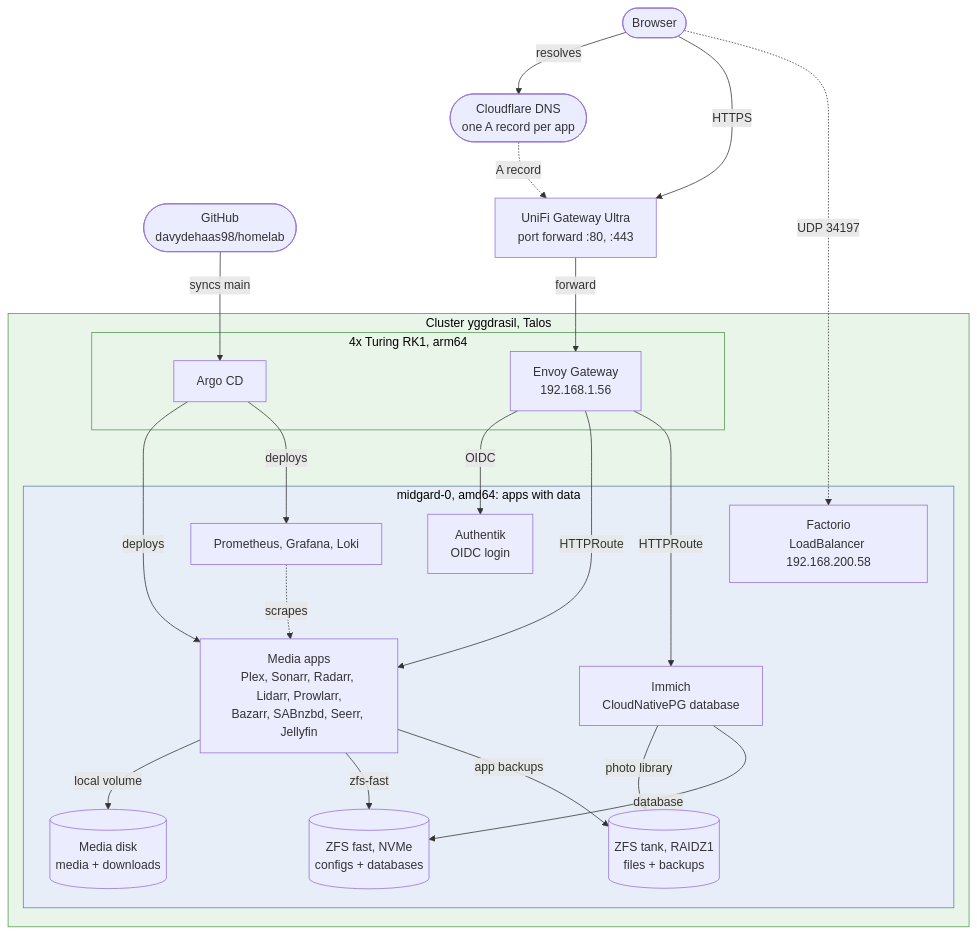
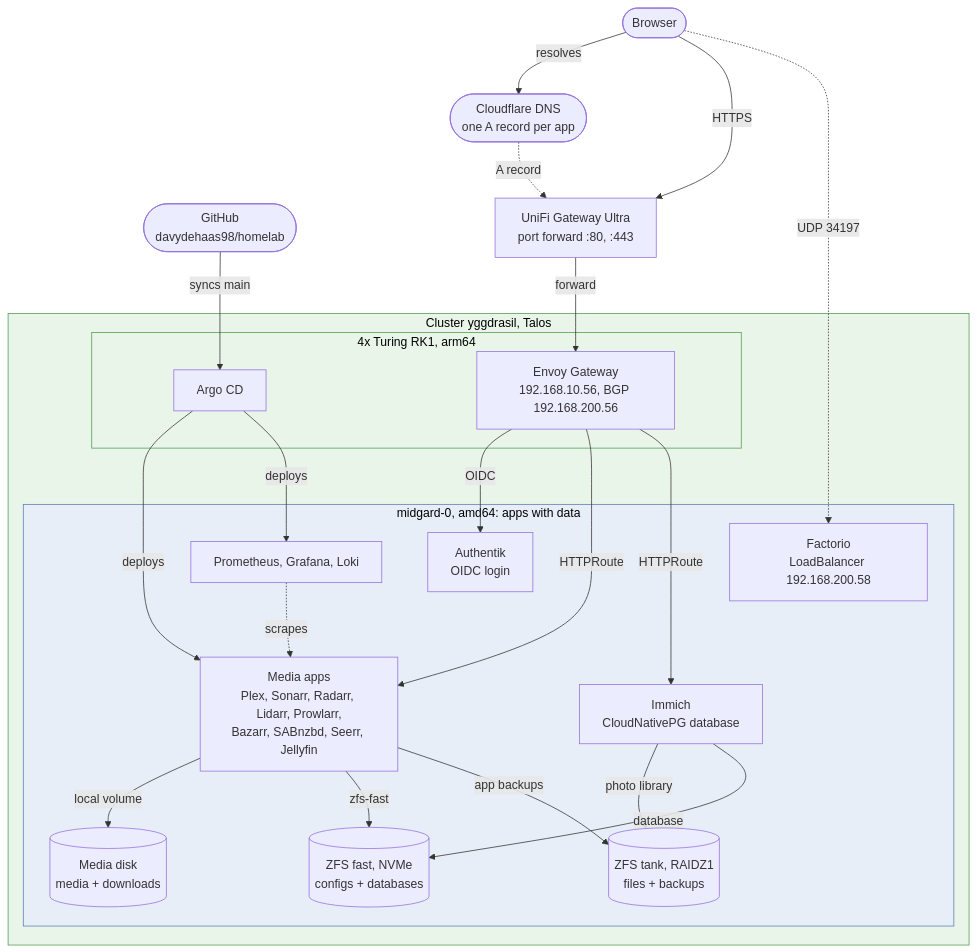
The diagram in docs/diagrams/architecture.mmd (davydehaas98/homelab), drawn with Mermaid before and after one commit. The commit also changed 25 other files, not shown here.

```diff
--- a/docs/diagrams/architecture.mmd
+++ b/docs/diagrams/architecture.mmd
@@ -1,48 +1,48 @@
 flowchart TB
     browser([Browser])
     dns(["Cloudflare DNS<br/>one A record per app"])
     github(["GitHub<br/>davydehaas98/homelab"])
 
     unifi["UniFi Gateway Ultra<br/>port forward :80, :443"]
 
     subgraph k8s["Cluster yggdrasil, Talos"]
         subgraph rk1["4x Turing RK1, arm64"]
-            envoy["Envoy Gateway<br/>192.168.1.56"]
+            envoy["Envoy Gateway<br/>192.168.10.56, BGP 192.168.200.56"]
             argo["Argo CD"]
         end
         subgraph midgard["midgard-0, amd64: apps with data"]
             authentik["Authentik<br/>OIDC login"]
             apps["Media apps<br/>Plex, Sonarr, Radarr, Lidarr, Prowlarr,<br/>Bazarr, SABnzbd, Seerr, Jellyfin"]
             immich["Immich<br/>CloudNativePG database"]
             factorio["Factorio<br/>LoadBalancer 192.168.200.58"]
             monitoring["Prometheus, Grafana, Loki"]
             fast[("ZFS fast, NVMe<br/>configs + databases")]
             tank[("ZFS tank, RAIDZ1<br/>files + backups")]
             media[("Media disk<br/>media + downloads")]
         end
     end
 
     browser -->|resolves| dns
     dns -.->|A record| unifi
     browser -->|HTTPS| unifi
     unifi -->|forward| envoy
     envoy -->|OIDC| authentik
     envoy -->|HTTPRoute| apps
     envoy -->|HTTPRoute| immich
     browser -.->|UDP 34197| factorio
 
     apps -->|local volume| media
     apps -->|zfs-fast| fast
     apps -->|app backups| tank
     immich -->|photo library| tank
     immich -->|database| fast
 
     github -->|syncs main| argo
     argo -->|deploys| apps
     argo -->|deploys| monitoring
     monitoring -.->|scrapes| apps
 
     classDef server fill:#e8eef7,stroke:#5b7bb0,color:#000
     classDef cluster fill:#eaf5ea,stroke:#4f9a4f,color:#000
     class midgard server
     class k8s,rk1 cluster
```
